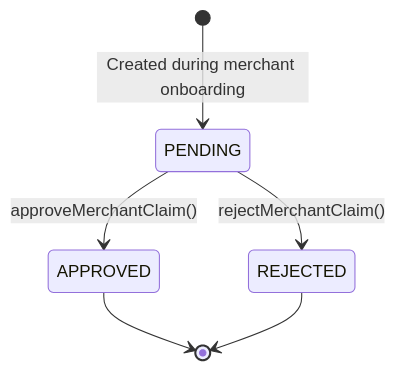
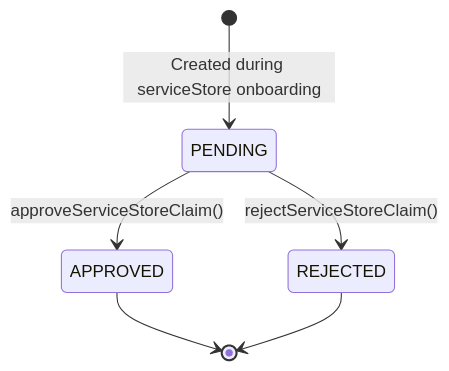
One commit to plc-r-dev/autohub changed the second of 3 diagrams in docs/architecture/merchant.md. Above: the diagram before and after it, drawn with Mermaid. The commit also changed other lines of this file and 286 other files, not shown here.

First line of the commit message:
refactor: complete merchant-to-ServiceStore rename and customer LIFF restructure

````diff
--- a/docs/architecture/merchant.md
+++ b/docs/architecture/merchant.md
@@ -88,8 +88,8 @@
 ```mermaid
 stateDiagram-v2
-  [*] --> PENDING: Created during merchant onboarding
-  PENDING --> APPROVED: approveMerchantClaim()
-  PENDING --> REJECTED: rejectMerchantClaim()
+  [*] --> PENDING: Created during serviceStore onboarding
+  PENDING --> APPROVED: approveServiceStoreClaim()
+  PENDING --> REJECTED: rejectServiceStoreClaim()
   APPROVED --> [*]
   REJECTED --> [*]
 ```
````
